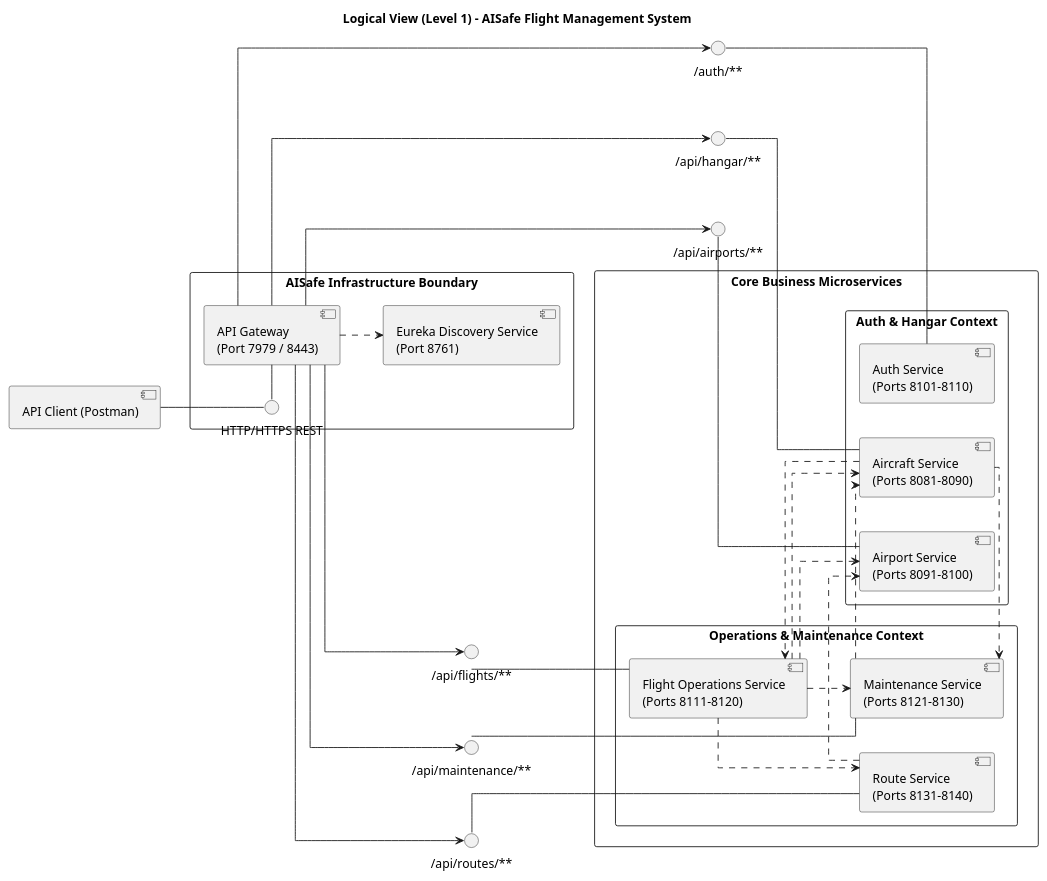
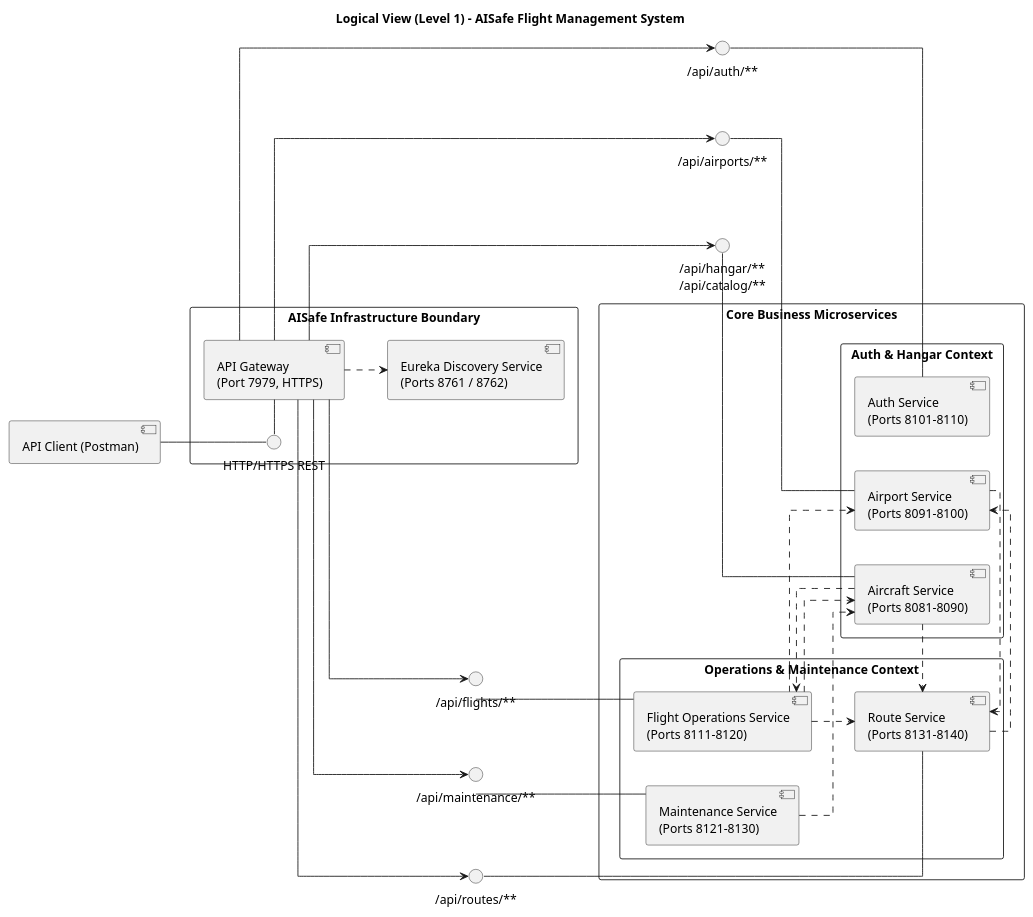
One commit to 8126Lucas/SIDIS_G6_3DA changed the diagram in docs/global-logical-view-level1.puml. Above: the diagram before and after it, drawn with PlantUML. The commit also changed 52 other files, not shown here.

First line of the commit message:
Enhance API Specification and Architecture Documentation

```diff
--- a/docs/global-logical-view-level1.puml
+++ b/docs/global-logical-view-level1.puml
@@ -1,81 +1,83 @@
 @startuml
 title Logical View (Level 1) - AISafe Flight Management System
 
 left to right direction
 skinparam componentStyle uml2
 skinparam packageStyle rectangle
 skinparam nodesep 40
 skinparam ranksep 50
 skinparam linetype ortho
 
 ' --- CLIENTE EXTERNO ---
 component [API Client (Postman)] as Client
 
 package "AISafe Infrastructure Boundary" {
     interface "HTTP/HTTPS REST" as Gateway_IF
-    component [API Gateway\n(Port 7979 / 8443)] as Gateway
-    component [Eureka Discovery Service\n(Port 8761)] as Eureka
+    component [API Gateway\n(Port 7979, HTTPS)] as Gateway
+    component [Eureka Discovery Service\n(Ports 8761 / 8762)] as Eureka
 }
 
 package "Core Business Microservices" {
 
     package "Auth & Hangar Context" {
         component [Auth Service\n(Ports 8101-8110)] as AuthService
         component [Aircraft Service\n(Ports 8081-8090)] as AircraftService
         component [Airport Service\n(Ports 8091-8100)] as AirportService
     }
 
     package "Operations & Maintenance Context" {
         component [Maintenance Service\n(Ports 8121-8130)] as MaintService
         component [Route Service\n(Ports 8131-8140)] as RouteService
         component [Flight Operations Service\n(Ports 8111-8120)] as FlightService
     }
 }
 
 ' --- INTERFACES REST EXPOSTAS (Lollipops) ---
-interface "/auth/**" as IF_Auth
-interface "/api/hangar/**" as IF_Aircraft
+interface "/api/auth/**" as IF_Auth
+interface "/api/hangar/**\n/api/catalog/**" as IF_Aircraft
 interface "/api/airports/**" as IF_Airport
 interface "/api/flights/**" as IF_Flight
 interface "/api/maintenance/**" as IF_Maint
 interface "/api/routes/**" as IF_Route
 
 ' --- ENTRADA E ROUTING DO GATEWAY ---
 Client -- Gateway_IF
 Gateway_IF - Gateway
 Gateway ..> Eureka 
 
 Gateway --> IF_Auth
 Gateway --> IF_Aircraft
 Gateway --> IF_Airport
 Gateway --> IF_Flight
 Gateway --> IF_Maint
 Gateway --> IF_Route
 
 ' --- LIGAÇÕES DIRETAS DAS INTERFACES AOS SERVIÇOS ---
 IF_Auth -- AuthService
 IF_Aircraft -- AircraftService
 IF_Airport -- AirportService
 IF_Flight -- FlightService
 IF_Maint -- MaintService
 IF_Route -- RouteService
 
 ' --- DEPENDÊNCIAS REST INTER-SERVIÇOS (RestClient) ---
 
 ' 1. Validações do Flight Service
-FlightService ..> RouteService 
-FlightService ..> AircraftService 
-FlightService ..> MaintService 
-FlightService ..> AirportService 
+FlightService ..> RouteService
+FlightService ..> AircraftService
+FlightService ..> AirportService
 
 ' 2. Validações do Route Service
-RouteService ..> AirportService 
+RouteService ..> AirportService
 
 ' 3. Validações do Maintenance Service
 MaintService ..> AircraftService
 
-' 4. Validações do Aircraft Service
-AircraftService ..> FlightService 
-AircraftService ..> MaintService 
+' 4. Dependências do Aircraft Service
+AircraftService ..> FlightService
+AircraftService ..> RouteService
+
+' 5. Dependências do Airport Service
+AirportService ..> RouteService
 
 @enduml
```
